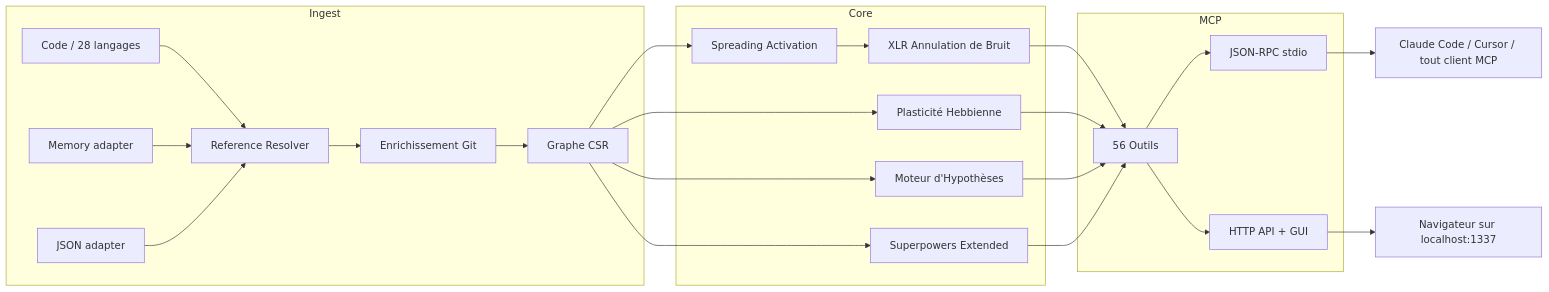
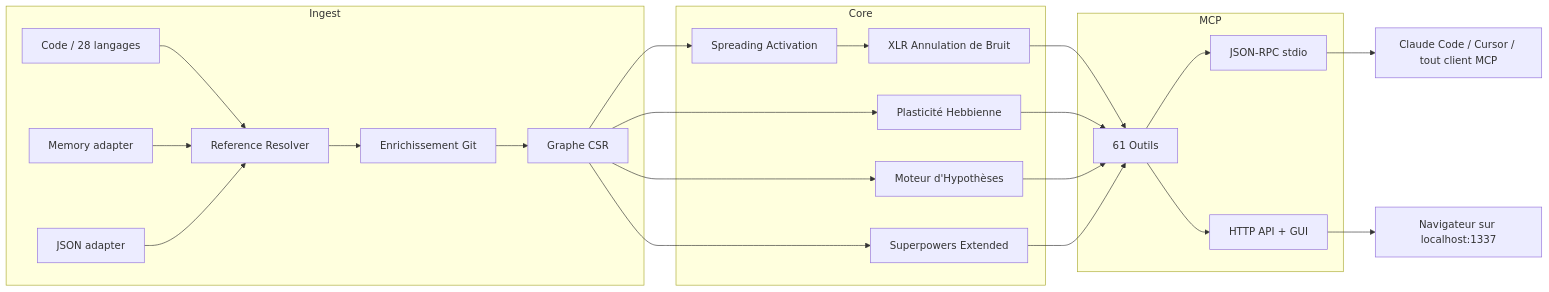
One commit to M1nd-Intelligence/m1nd changed the diagram in README.fr.md. Above: the diagram before and after it, drawn with Mermaid. The commit also changed other lines of this file and 51 other files, not shown here.

````diff
--- a/README.fr.md
+++ b/README.fr.md
@@ -297,27 +298,27 @@
 ```mermaid
 graph LR
     subgraph Ingest
         A[Code / 28 langages] --> R[Reference Resolver]
         MA[Memory adapter] --> R
         JA[JSON adapter] --> R
         R --> GD[Enrichissement Git]
         GD --> G[Graphe CSR]
     end
     subgraph Core
         G --> SA[Spreading Activation]
         G --> HP[Plasticité Hebbienne]
         G --> HY[Moteur d'Hypothèses]
         G --> SX[Superpowers Extended]
         SA --> XLR[XLR Annulation de Bruit]
     end
     subgraph MCP
-        XLR --> T[56 Outils]
+        XLR --> T[61 Outils]
         HP --> T
         HY --> T
         SX --> T
         T --> IO[JSON-RPC stdio]
         T --> HTTP[HTTP API + GUI]
     end
     IO --> C[Claude Code / Cursor / tout client MCP]
     HTTP --> B[Navigateur sur localhost:1337]
 ```
````
